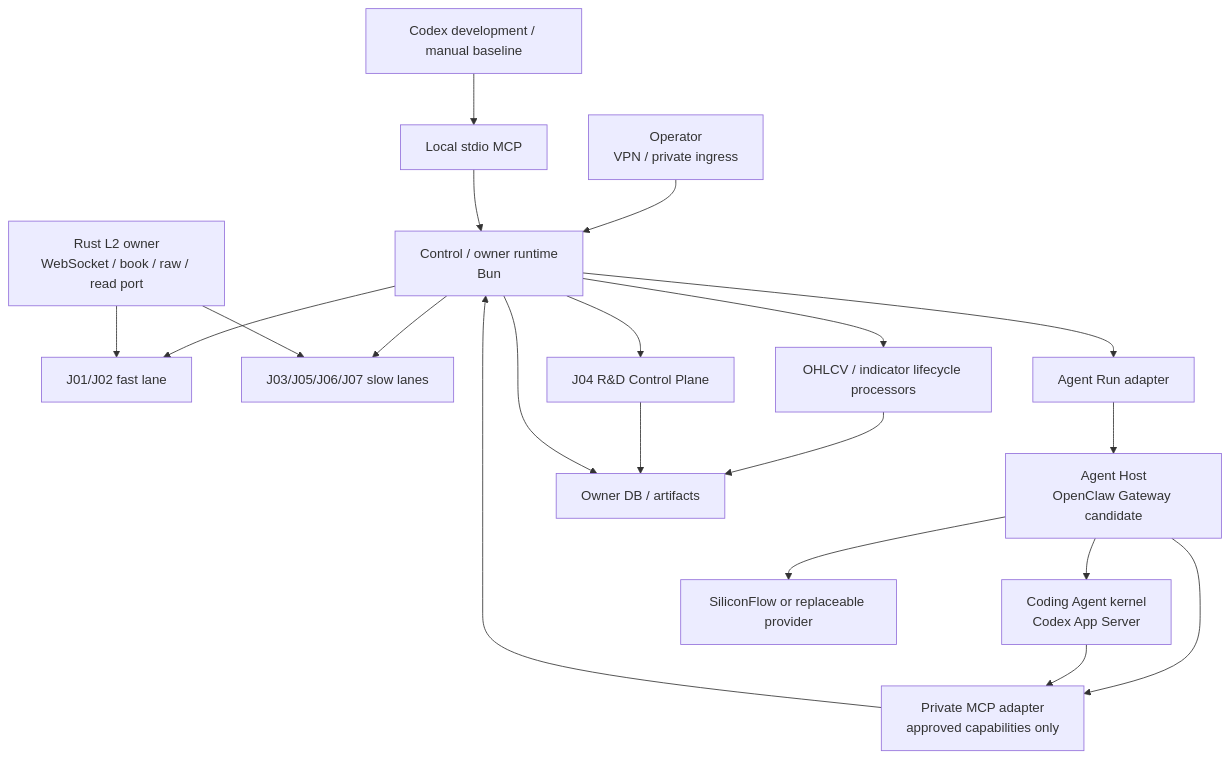
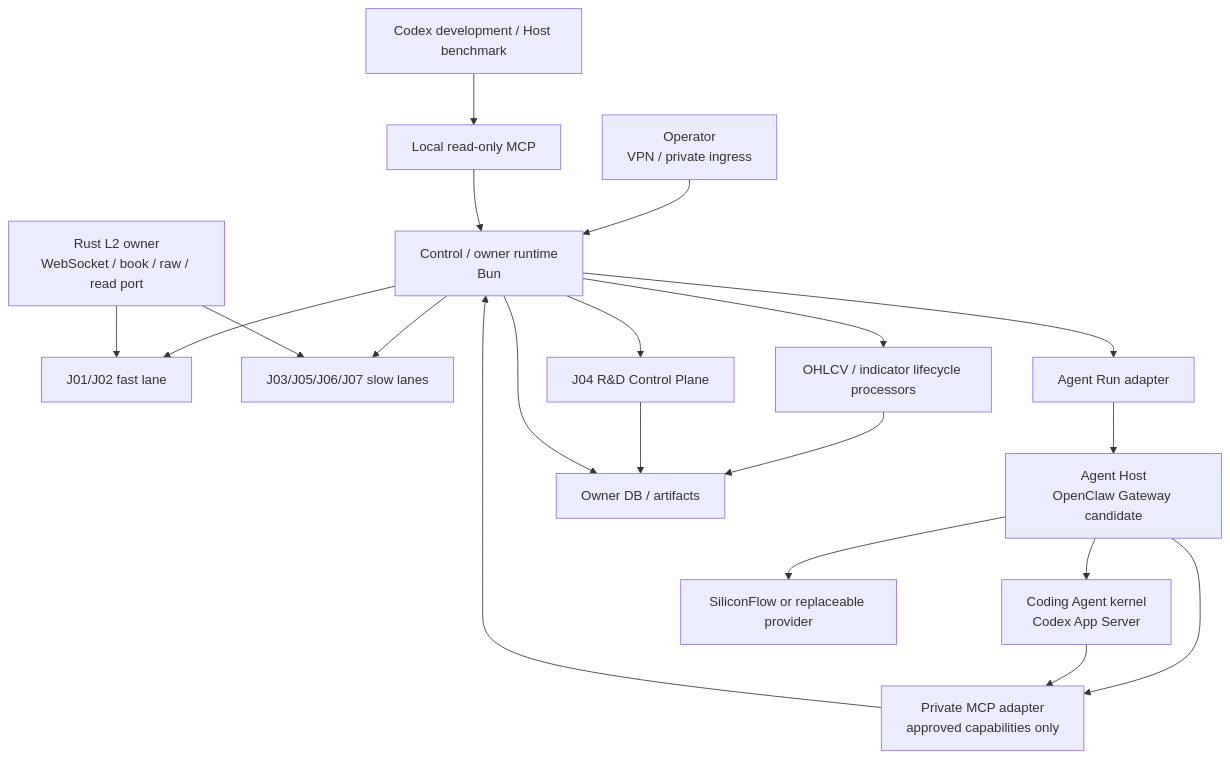
One commit to qOeOp/trade changed the diagram in docs/architecture/migrations/remote-container-runtime-integration-plan.md. Above: the diagram before and after it, drawn with Mermaid. The commit also changed other lines of this file and 12 other files, not shown here.

````diff
--- a/docs/architecture/migrations/remote-container-runtime-integration-plan.md
+++ b/docs/architecture/migrations/remote-container-runtime-integration-plan.md
@@ -33,22 +33,22 @@
 ```mermaid
 flowchart TB
   OP["Operator<br/>VPN / private ingress"] --> CTRL["Control / owner runtime<br/>Bun"]
   CTRL --> FAST["J01/J02 fast lane"]
   CTRL --> SLOW["J03/J05/J06/J07 slow lanes"]
   CTRL --> RD["J04 R&D Control Plane"]
   CTRL --> DATA["OHLCV / indicator lifecycle processors"]
   CTRL --> RPC["Agent Run adapter"]
   RPC --> OC["Agent Host<br/>OpenClaw Gateway candidate"]
   OC --> CK["Coding Agent kernel<br/>Codex App Server"]
   OC --> MCP["Private MCP adapter<br/>approved capabilities only"]
   CK --> MCP
   MCP --> CTRL
   L2["Rust L2 owner<br/>WebSocket / book / raw / read port"] --> FAST
   L2 --> SLOW
   DATA --> STORES["Owner DB / artifacts"]
   RD --> STORES
   CTRL --> STORES
   OC --> PROVIDER["SiliconFlow or replaceable provider"]
-  CODEX["Codex development / manual baseline"] --> MCPLOCAL["Local stdio MCP"]
+  CODEX["Codex development / Host benchmark"] --> MCPLOCAL["Local read-only MCP"]
   MCPLOCAL --> CTRL
 ```
````
